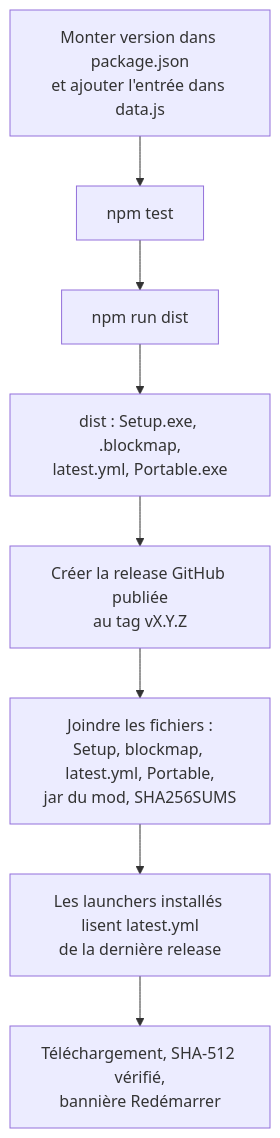
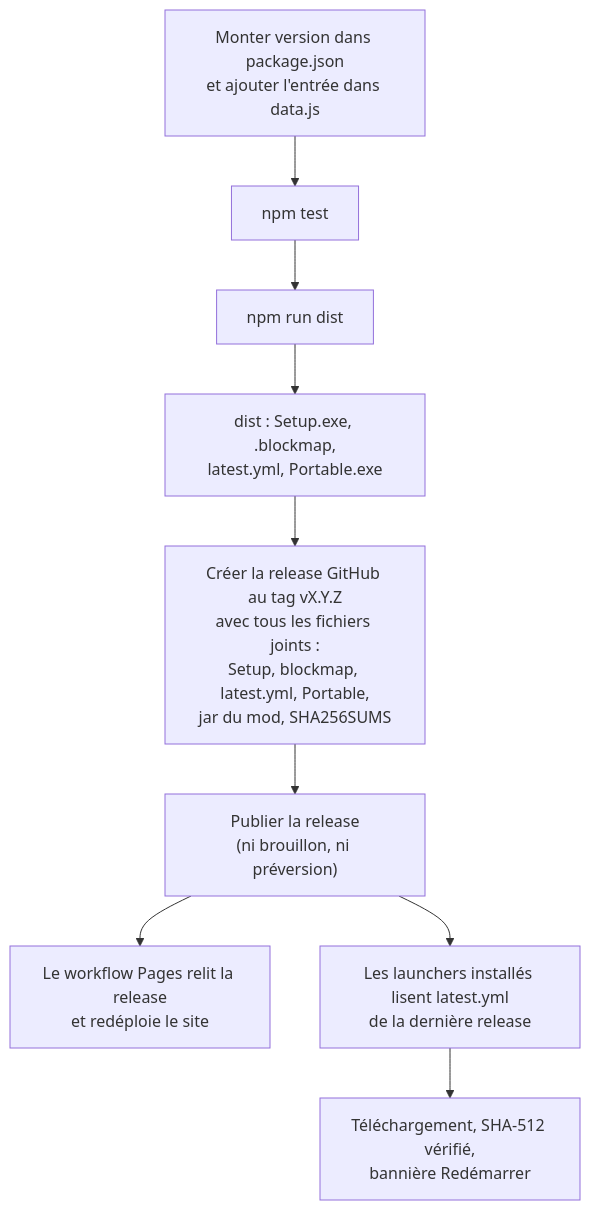
The diagram in docs/wiki/Publier-une-version.md (7ShIkI3/attack-launcher), drawn with Mermaid before and after one commit. The commit also changed other lines of this file and 12 other files, not shown here.

````diff
--- a/docs/wiki/Publier-une-version.md
+++ b/docs/wiki/Publier-une-version.md
@@ -9,10 +9,11 @@
 ```mermaid
 flowchart TD
   A["Monter version dans package.json<br>et ajouter l'entrée dans data.js"] --> B["npm test"]
   B --> C["npm run dist"]
   C --> D["dist : Setup.exe, .blockmap,<br>latest.yml, Portable.exe"]
-  D --> E["Créer la release GitHub publiée<br>au tag vX.Y.Z"]
-  E --> F["Joindre les fichiers :<br>Setup, blockmap, latest.yml, Portable,<br>jar du mod, SHA256SUMS"]
+  D --> E["Créer la release GitHub au tag vX.Y.Z<br>avec tous les fichiers joints :<br>Setup, blockmap, latest.yml, Portable,<br>jar du mod, SHA256SUMS"]
+  E --> F["Publier la release<br>(ni brouillon, ni préversion)"]
+  F --> S["Le workflow Pages relit la release<br>et redéploie le site"]
   F --> G["Les launchers installés lisent latest.yml<br>de la dernière release"]
   G --> H["Téléchargement, SHA-512 vérifié,<br>bannière Redémarrer"]
 ```
````
